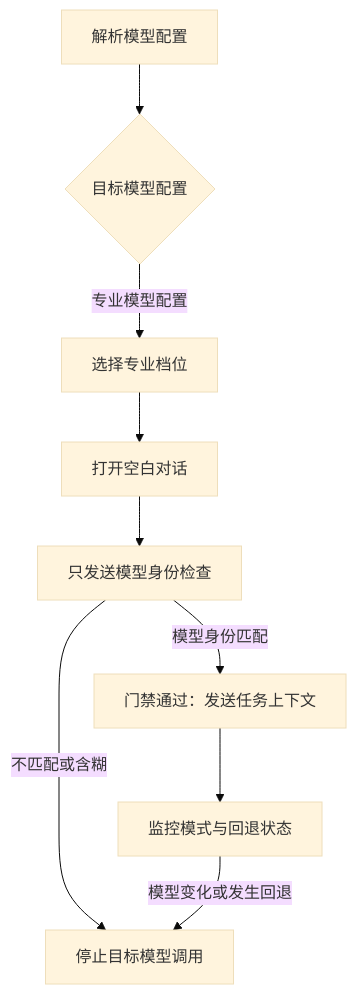
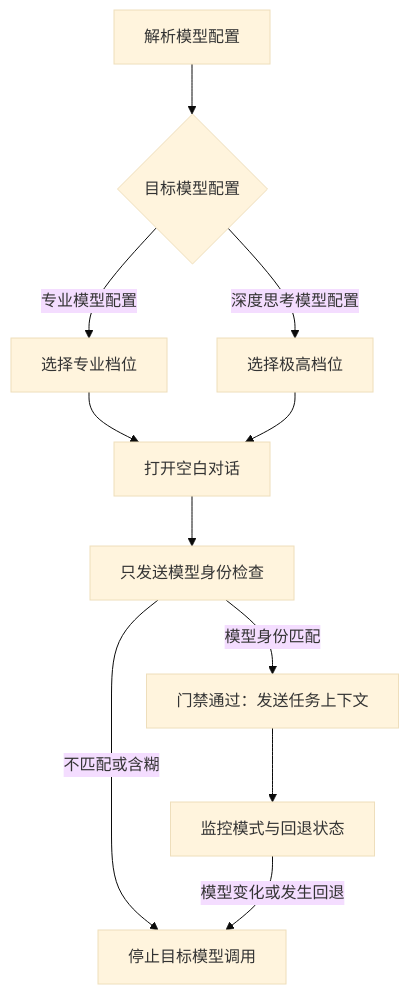
Before and after one commit to jay6697117/gpt-thinking-pro-collab-skill: the diagram in README.md, drawn with Mermaid (base theme). The commit also changed other lines of this file and 6 other files, not shown here.

````diff
--- a/README.md
+++ b/README.md
@@ -122,11 +124,13 @@
 ```mermaid
 flowchart TD
     CONFIG["解析模型配置"] --> PROFILE{"目标模型配置"}
     PROFILE -->|"专业模型配置"| PRO["选择专业档位"]
+    PROFILE -->|"深度思考模型配置"| THINKING["选择极高档位"]
     PRO --> CHAT["打开空白对话"]
+    THINKING --> CHAT
     CHAT --> ASK["只发送模型身份检查"]
     ASK -->|"模型身份匹配"| PASS["门禁通过：发送任务上下文"]
     ASK -->|"不匹配或含糊"| FAIL["停止目标模型调用"]
     PASS --> WATCH["监控模式与回退状态"]
     WATCH -->|"模型变化或发生回退"| FAIL
 ```
````
